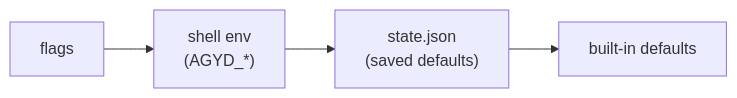
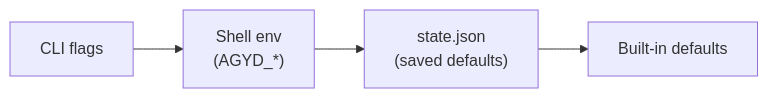
One commit to kesokaj/agyd changed the second of 2 diagrams in README.md. Above: the diagram before and after it, drawn with Mermaid. The commit also changed other lines of this file and 46 other files, not shown here.

````diff
--- a/README.md
+++ b/README.md
@@ -195,4 +410,4 @@
 ```mermaid
 flowchart LR
-  F["flags"] --> E["shell env\n(AGYD_*)"] --> S["state.json\n(saved defaults)"] --> D["built-in defaults"]
+  F["CLI flags"] --> E["Shell env\n(AGYD_*)"] --> S["state.json\n(saved defaults)"] --> D["Built-in defaults"]
 ```
````
